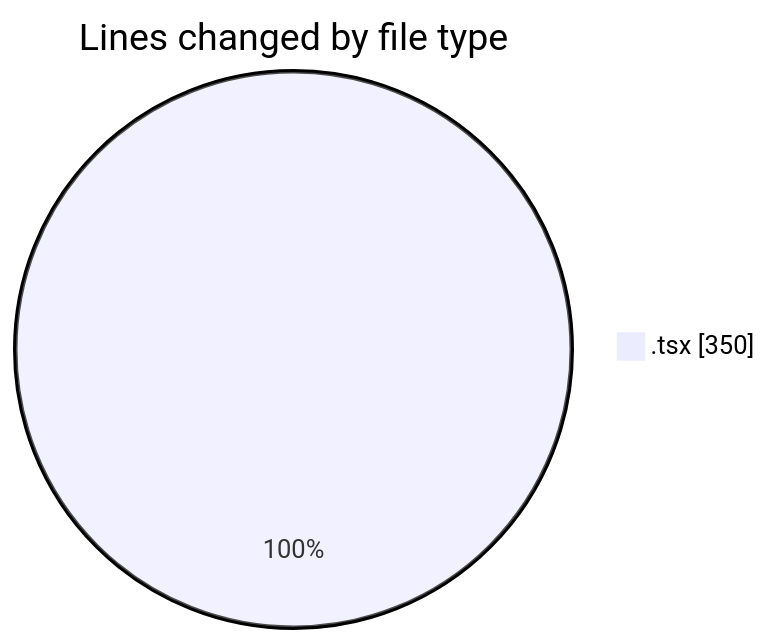
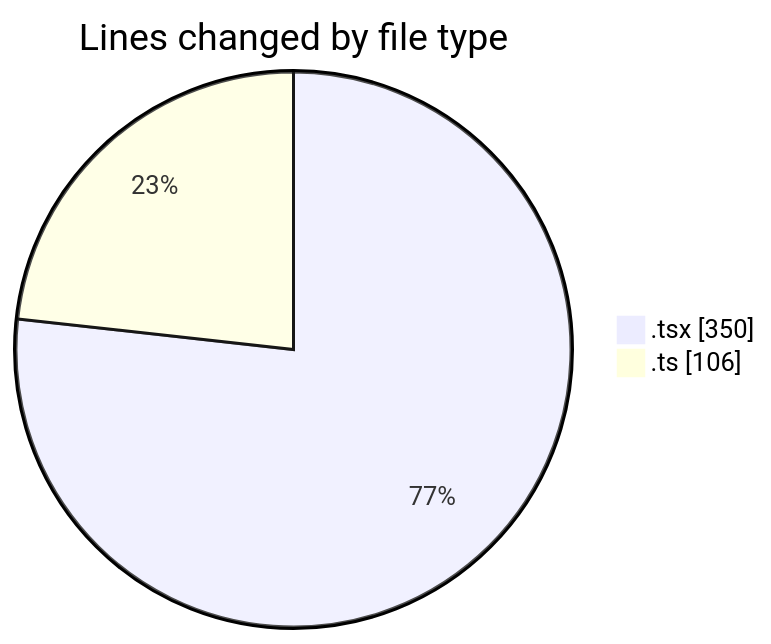
One commit to nxtqubesakshisongat/code-tracking changed the first of 2 diagrams in 2026-08-16/nxtqube_webapp/README.md. Above: the diagram before and after it, drawn with Mermaid. The commit also changed other lines of this file and 1 other file, not shown here.

````diff
--- a/2026-08-16/nxtqube_webapp/README.md
+++ b/2026-08-16/nxtqube_webapp/README.md
@@ -21,5 +22,6 @@
 ```mermaid
 pie showData
 title Lines changed by file type
 ".tsx" : 350
+".ts" : 106
 ```
````
